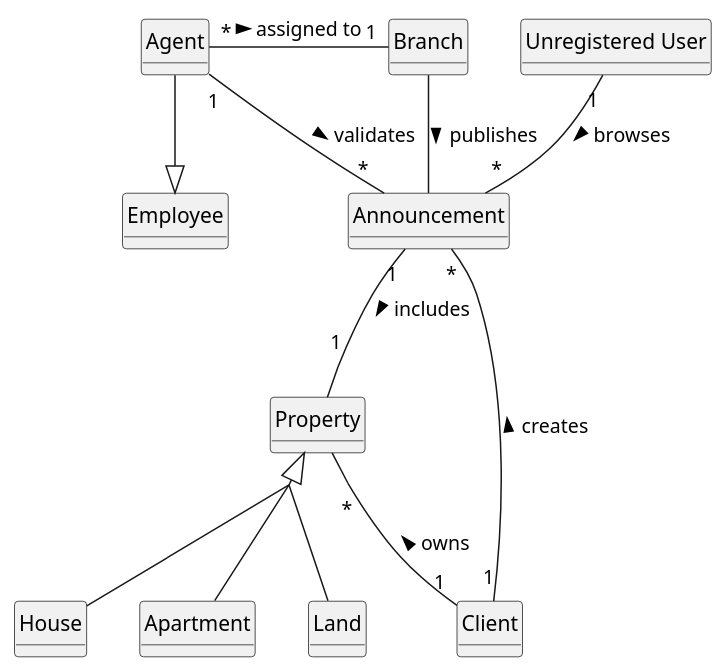
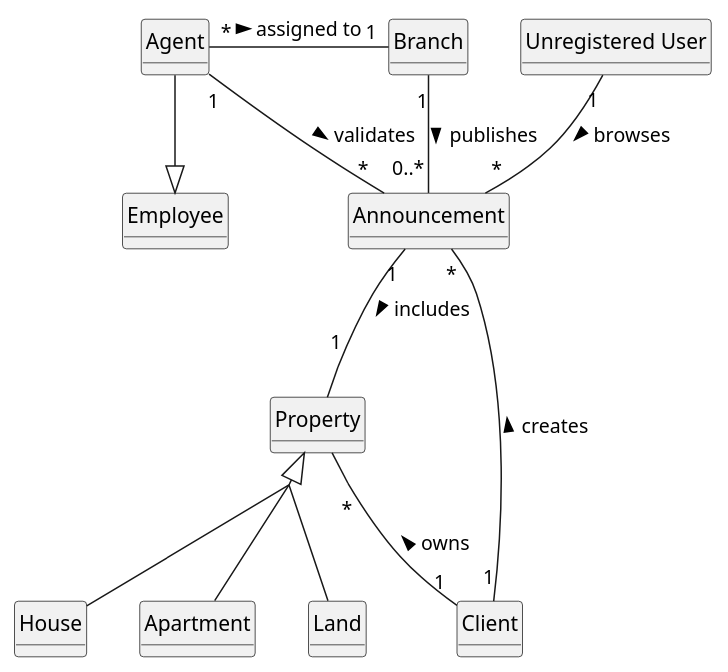
Before and after one commit to tiagohcorreia/LAPR2: the diagram in docs/sprintB/US001/02.analysis/puml/us001-domain-model.puml, drawn with PlantUML.

Commit message:
US1 - Added missing multiplicity on the "Branch publishes Announcement" association

```diff
--- a/docs/sprintB/US001/02.analysis/puml/us001-domain-model.puml
+++ b/docs/sprintB/US001/02.analysis/puml/us001-domain-model.puml
@@ -1,96 +1,96 @@
 @startuml
 skinparam monochrome true
 skinparam packageStyle rectangle
 skinparam shadowing false
 
 'left to right direction
 
 'skinparam linetype ortho
 skinparam groupInheritance 2
 
 skinparam classAttributeIconSize 0
 
 hide circle
 hide methods
 
 'title Domain Model
 
 class Branch {
 }
 
 
 class Employee {
     'name
     'email
     'position
     'phone
 }
 
 
 'class User {
 '    name
 '    email
 '    password
 '}
 
 /'class Agent {
 
 }
 
 class Property {
 
 }
 
 class House {
 
 }
 
 class Apartment {
 
 }
 
 class Land {
 
 }
 
 class Client {
 
 }
 
 class Announcement {
 
 }
 
 class "Unregistered User" {
 
 }'/
 
 
 'House --|> Property
 'Apartment --|> Property
 'Land --|> Property
 
 
 Property <|-- House
 Property <|-- Apartment
 Property <|-- Land
 
 
 Announcement "1" -- "1" Property: includes >
 
-Branch -- Announcement: publishes >
+Branch "1" -- "0..*" Announcement: publishes >
 
 Agent "*" - "1" Branch: assigned to >
 Agent --|> Employee
 'Employee -|> User
 Agent "1" -- "*" Announcement: validates >
 'Client "0..1" - "*" Property: owns >
 Property "*" -- "1" Client : owns <
 'Client "*" -|> "1" User
 Client "1" -- "*" Announcement: creates >
 '"Unregistered User" "1" ---|> "1" User
 "Unregistered User" "1" -- "*" Announcement: browses >
 
 
 
 @enduml
```
